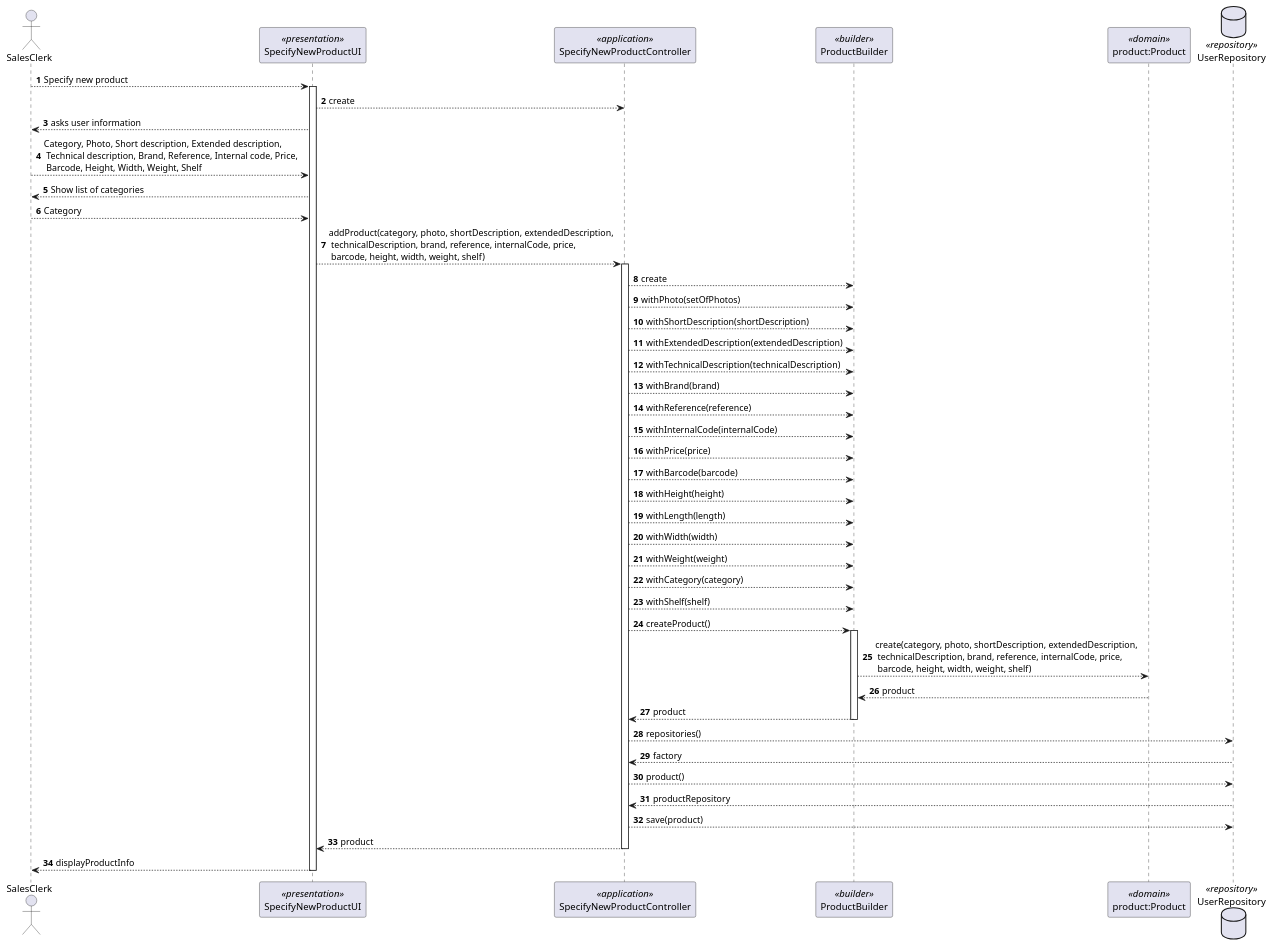
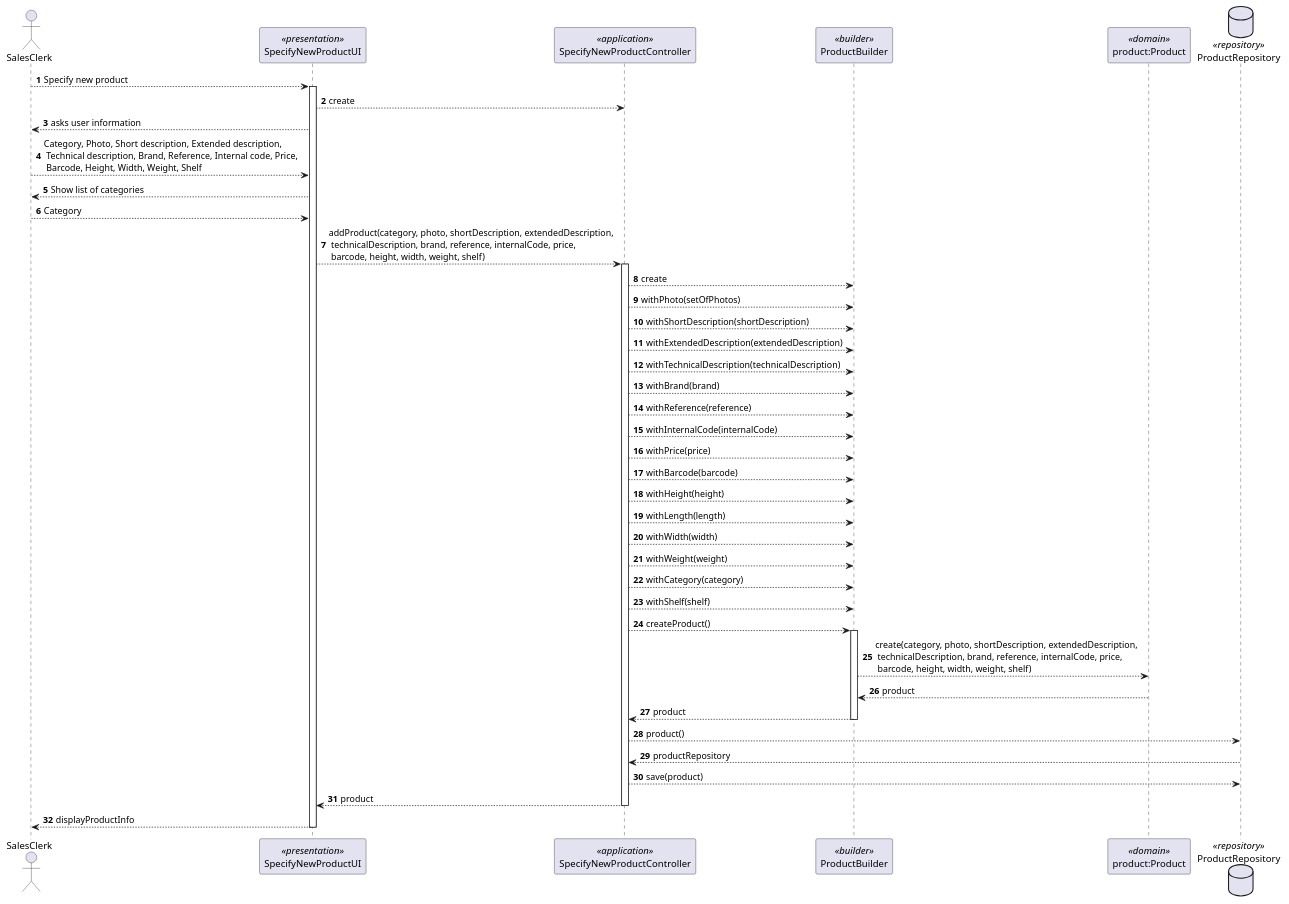
One commit to Pedromaia26/LAPR4-ISEP changed the diagram in Documentação/1201276/US1001/US1001_SD.puml. Above: the diagram before and after it, drawn with PlantUML. The commit also changed 1 other file, not shown here.

```diff
--- a/Documentação/1201276/US1001/US1001_SD.puml
+++ b/Documentação/1201276/US1001/US1001_SD.puml
@@ -1,90 +1,86 @@
 @startuml
 actor SalesClerk as adm
 participant "//<<presentation>>//\nSpecifyNewProductUI" as ui
 participant "//<<application>>//\nSpecifyNewProductController" as cc
 participant "//<<builder>>//\nProductBuilder" as build
 participant "//<<domain>>//\nproduct:Product" as user
-database "//<<repository>>//\nUserRepository" as db
+database "//<<repository>>//\nProductRepository" as db
 
 autonumber
 
 adm-->ui: Specify new product
 
 activate ui
 
 ui-->cc: create
 
 ui-->adm: asks user information
 
 adm-->ui: Category, Photo, Short description, Extended description,\n Technical description, Brand, Reference, Internal code, Price,\n Barcode, Height, Width, Weight, Shelf
 
 ui-->adm: Show list of categories
 
 adm-->ui: Category
 
 ui-->cc: addProduct(category, photo, shortDescription, extendedDescription,\n technicalDescription, brand, reference, internalCode, price,\n barcode, height, width, weight, shelf)
 
 activate cc
 
 cc-->build: create
 
 cc-->build: withPhoto(setOfPhotos)
 
 cc-->build: withShortDescription(shortDescription)
 
 cc-->build: withExtendedDescription(extendedDescription)
 
 cc-->build: withTechnicalDescription(technicalDescription)
 
 cc-->build: withBrand(brand)
 
 cc-->build: withReference(reference)
 
 cc-->build: withInternalCode(internalCode)
 
 cc-->build: withPrice(price)
 
 cc-->build: withBarcode(barcode)
 
 cc-->build: withHeight(height)
 
 cc-->build: withLength(length)
 
 cc-->build: withWidth(width)
 
 cc-->build: withWeight(weight)
 
 cc-->build: withCategory(category)
 
 cc-->build: withShelf(shelf)
 
 cc-->build: createProduct()
 
 activate build
 
 build-->user: create(category, photo, shortDescription, extendedDescription,\n technicalDescription, brand, reference, internalCode, price,\n barcode, height, width, weight, shelf)
 
 user-->build: product
 
 build-->cc: product
 
 deactivate build
 
-cc-->db: repositories()
-
-db-->cc: factory
-
 cc-->db: product()
 
 db-->cc: productRepository
 
 cc-->db: save(product)
 
 cc-->ui: product
 
 deactivate cc
 
 ui-->adm: displayProductInfo
 
 deactivate ui
 @enduml
```
